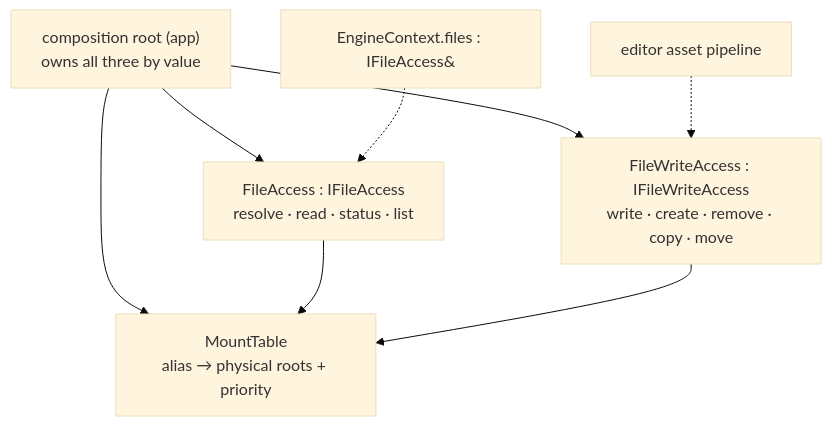
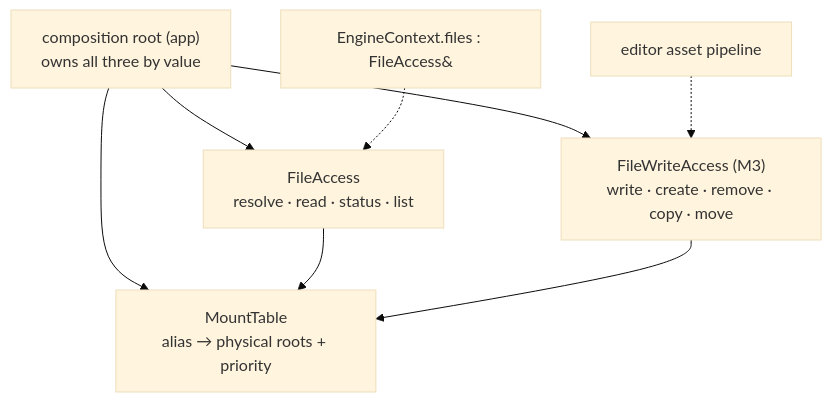
One commit to techattackteam/TechEngine-vault changed the diagram in 04 Design Docs/Utilities/File Access — Design.md. Above: the diagram before and after it, drawn with Mermaid (base theme). The commit also changed other lines of this file and 2 other files, not shown here.

First line of the commit message:
S3-T12 done: FileAccess read side

````diff
--- a/04 Design Docs/Utilities/File Access — Design.md
+++ b/04 Design Docs/Utilities/File Access — Design.md
@@ -44,16 +45,16 @@
 ```mermaid
 flowchart TB
   root["composition root (app)<br/>owns all three by value"]
   mt["MountTable<br/>alias → physical roots + priority"]
-  fa["FileAccess : IFileAccess<br/>resolve · read · status · list"]
-  fw["FileWriteAccess : IFileWriteAccess<br/>write · create · remove · copy · move"]
-  ec["EngineContext.files : IFileAccess&"]
+  fa["FileAccess<br/>resolve · read · status · list"]
+  fw["FileWriteAccess (M3)<br/>write · create · remove · copy · move"]
+  ec["EngineContext.files : FileAccess&"]
   ed["editor asset pipeline"]
 
   root --> mt & fa & fw
   fa --> mt
   fw --> mt
   ec -.-> fa
   ed -.-> fw
   %% solid = owns; dashed = holds a non-owning ref
 ```
````
